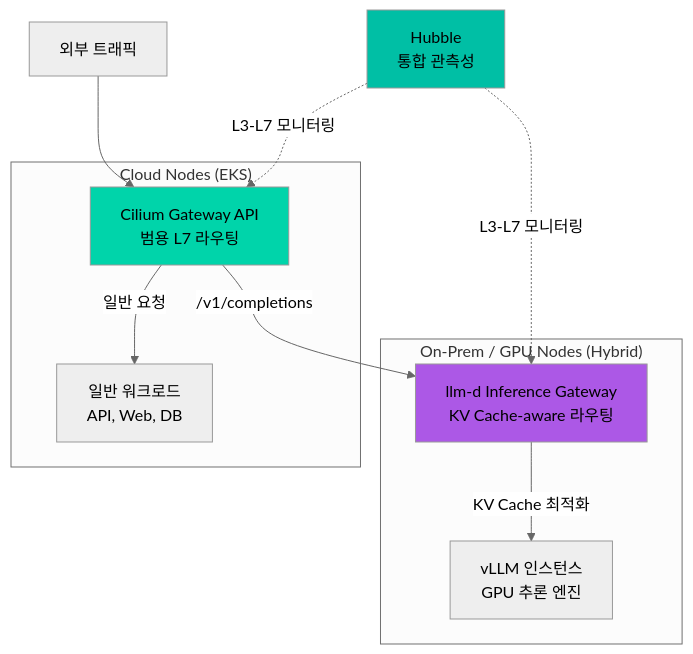
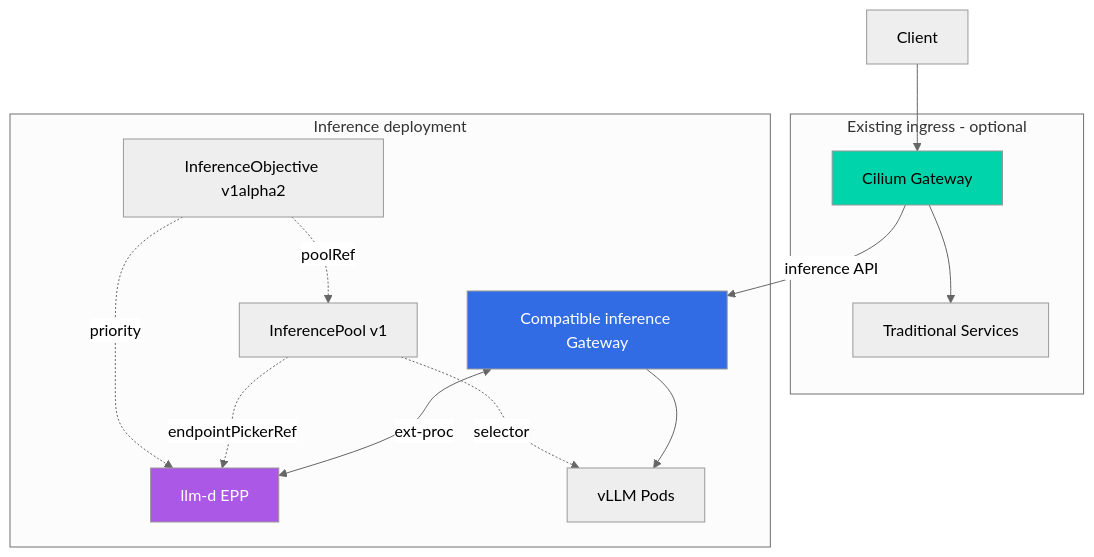
The sixth of 6 diagrams in docs/eks-best-practices/networking-performance/gateway-api-adoption-guide/cilium-eni-gateway-api.md (devfloor9/engineering-playbook), drawn with Mermaid (neutral theme) before and after one commit. The commit also changed other lines of this file and 10 other files, not shown here.

````diff
--- a/docs/eks-best-practices/networking-performance/gateway-api-adoption-guide/cilium-eni-gateway-api.md
+++ b/docs/eks-best-practices/networking-performance/gateway-api-adoption-guide/cilium-eni-gateway-api.md
@@ -1724,24 +1726,26 @@
 ```mermaid
-graph TB
-    subgraph "Cloud Nodes (EKS)"
-        CG[Cilium Gateway API<br/>범용 L7 라우팅]
-        APP[일반 워크로드<br/>API, Web, DB]
+flowchart TB
+    subgraph Edge["Existing ingress - optional"]
+        CG[Cilium Gateway]
+        APP[Traditional Services]
     end
-
-    subgraph "On-Prem / GPU Nodes (Hybrid)"
-        LLMD[llm-d Inference Gateway<br/>KV Cache-aware 라우팅]
-        VLLM[vLLM 인스턴스<br/>GPU 추론 엔진]
+    subgraph Inference["Inference deployment"]
+        GW[Compatible inference Gateway]
+        EPP[llm-d EPP]
+        VLLM[vLLM Pods]
+        POOL[InferencePool v1]
+        OBJ[InferenceObjective v1alpha2]
     end
-
-    CLIENT[외부 트래픽] --> CG
-    CG -->|일반 요청| APP
-    CG -->|/v1/completions| LLMD
-    LLMD -->|KV Cache 최적화| VLLM
-
-    HUBBLE[Hubble<br/>통합 관측성] -.->|L3-L7 모니터링| CG
-    HUBBLE -.->|L3-L7 모니터링| LLMD
-
+    CLIENT[Client] --> CG
+    CG --> APP
+    CG -->|inference API| GW
+    GW <-->|ext-proc| EPP
+    GW --> VLLM
+    POOL -.->|endpointPickerRef| EPP
+    POOL -.->|selector| VLLM
+    OBJ -.->|poolRef| POOL
+    OBJ -.->|priority| EPP
     style CG fill:#00D4AA
-    style LLMD fill:#AC58E6
-    style HUBBLE fill:#00BFA5
+    style GW fill:#326ce5,color:#fff
+    style EPP fill:#AC58E6,color:#fff
 ```
````
